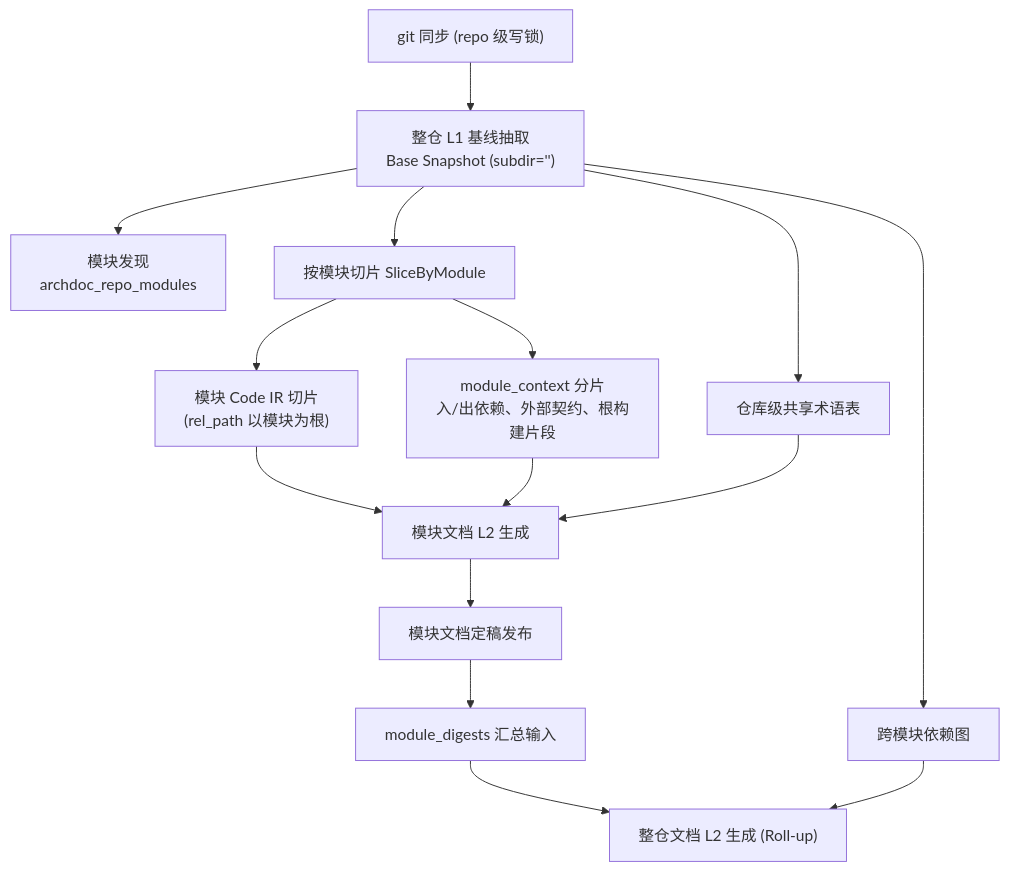
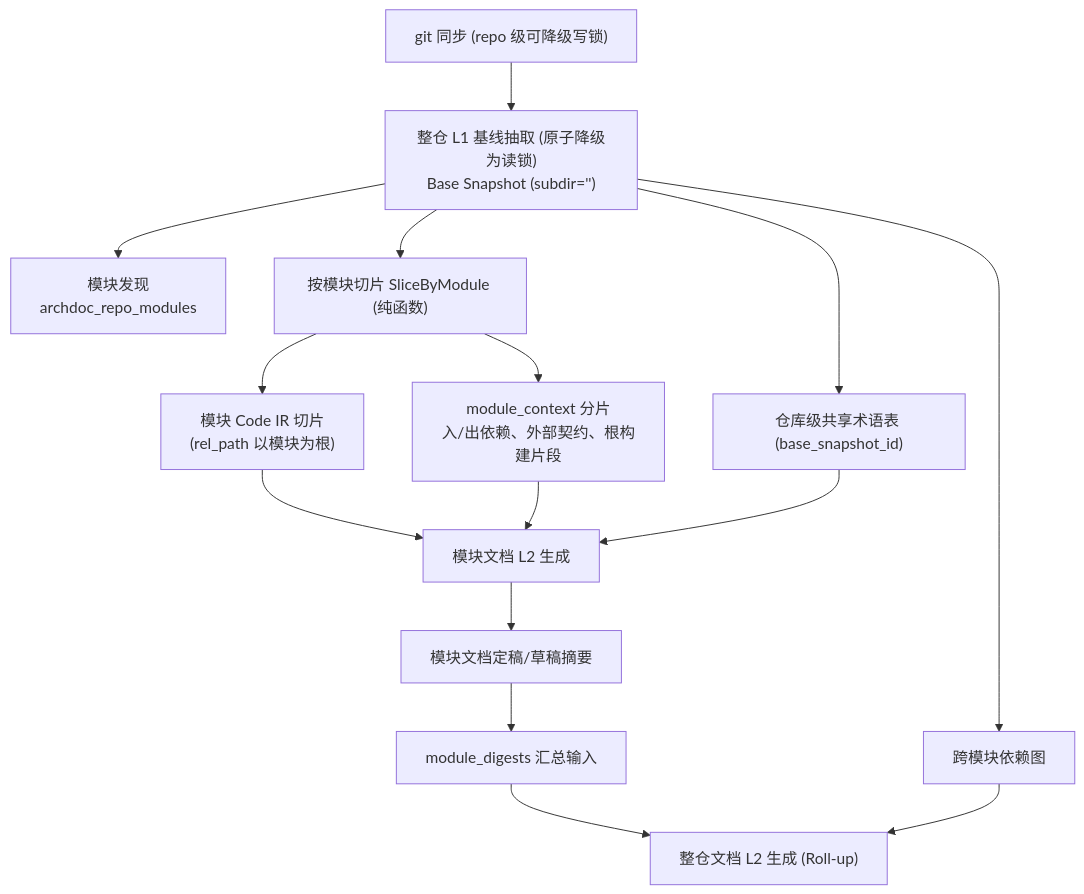
Before and after one commit to fugui/code-archdoc: the diagram in docs/05-adr/04-module-scope-discovery-and-hierarchical-docs.md, drawn with Mermaid. The commit also changed other lines of this file and 87 other files, not shown here.

````diff
--- a/docs/05-adr/04-module-scope-discovery-and-hierarchical-docs.md
+++ b/docs/05-adr/04-module-scope-discovery-and-hierarchical-docs.md
@@ -47,17 +47,17 @@
 ```mermaid
 flowchart TD
-    A["git 同步 (repo 级写锁)"] --> B["整仓 L1 基线抽取<br/>Base Snapshot (subdir='')"]
+    A["git 同步 (repo 级可降级写锁)"] --> B["整仓 L1 基线抽取 (原子降级为读锁)<br/>Base Snapshot (subdir='')"]
     B --> C["模块发现<br/>archdoc_repo_modules"]
-    B --> D["按模块切片 SliceByModule"]
+    B --> D["按模块切片 SliceByModule (纯函数)"]
     D --> E["模块 Code IR 切片<br/>(rel_path 以模块为根)"]
     D --> F["module_context 分片<br/>入/出依赖、外部契约、根构建片段"]
-    B --> G["仓库级共享术语表"]
+    B --> G["仓库级共享术语表 (base_snapshot_id)"]
     E --> H["模块文档 L2 生成"]
     F --> H
     G --> H
-    H --> I["模块文档定稿发布"]
+    H --> I["模块文档定稿/草稿摘要"]
     I --> J["module_digests 汇总输入"]
     B --> K["跨模块依赖图"]
     J --> L["整仓文档 L2 生成 (Roll-up)"]
     K --> L
 ```
````
